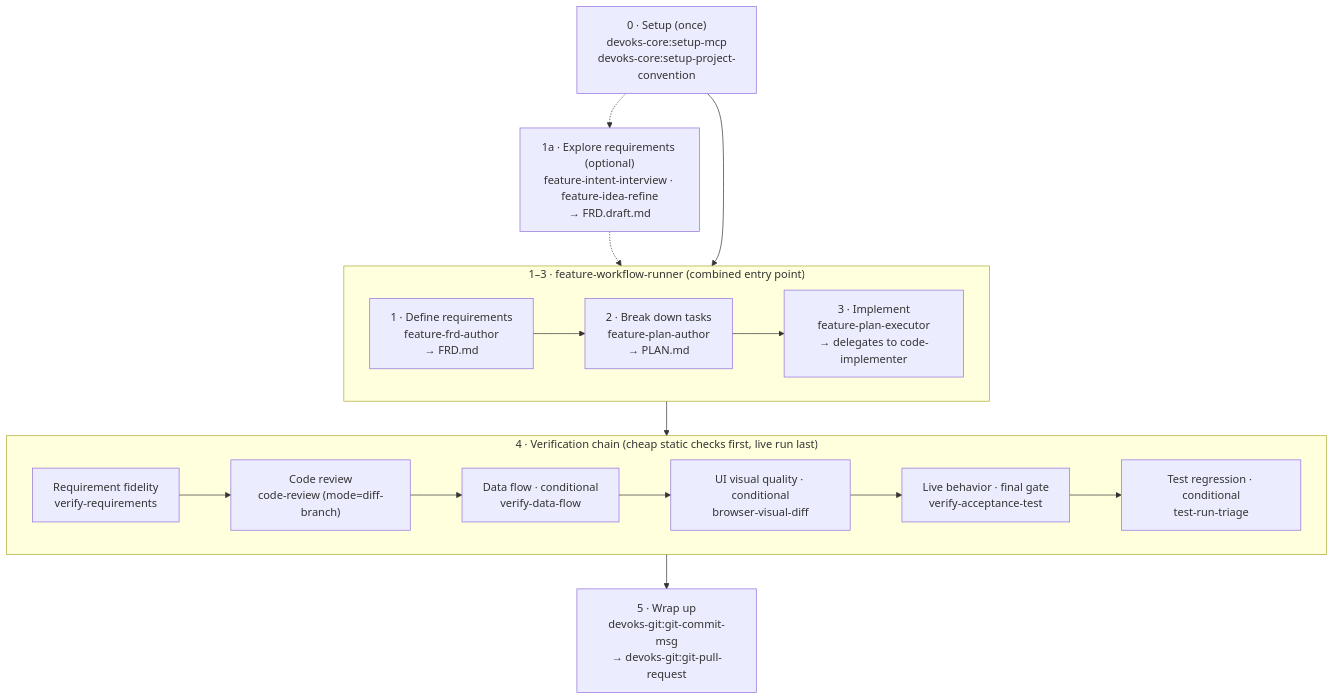
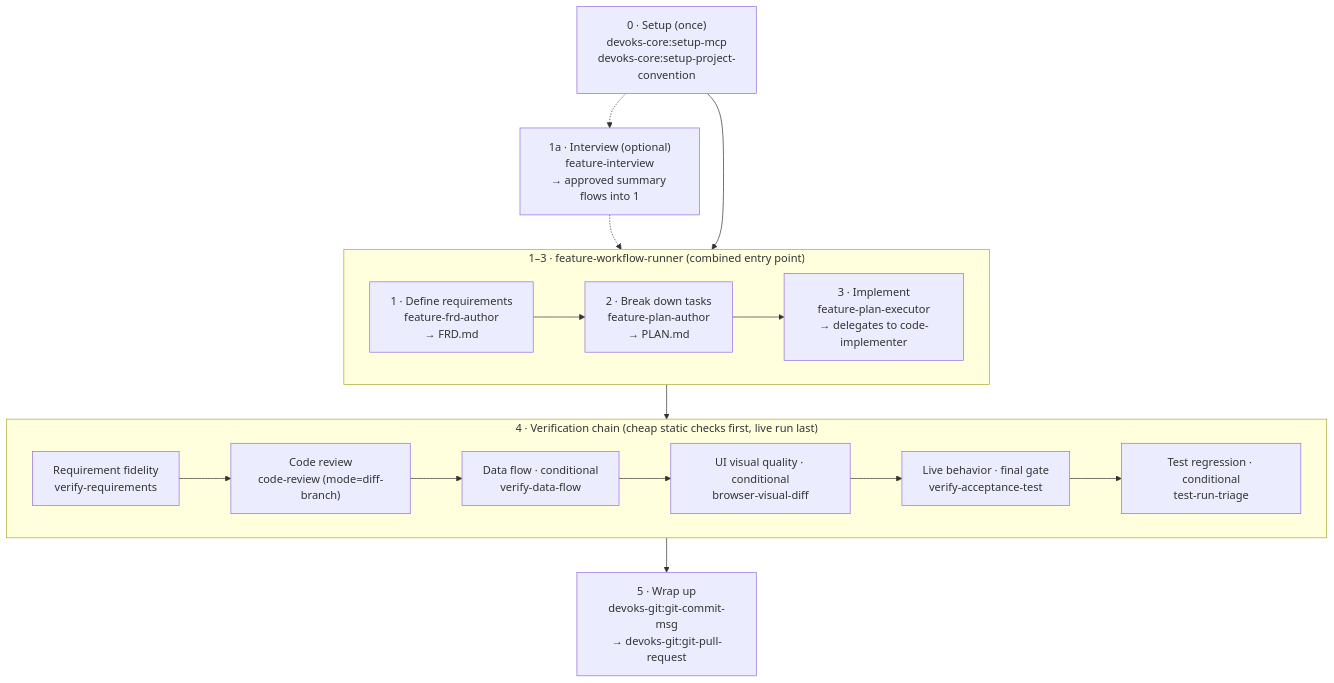
Before and after one commit to ridsync/devoks-team-harness: the diagram in README.md, drawn with Mermaid. The commit also changed other lines of this file and 17 other files, not shown here.

First line of the commit message:
refactor(devoks-sdlc): Define 앞단 두 스킬을 feature-interview로 통합하고 frd-author Phase 0 게이트로 연결

````diff
--- a/README.md
+++ b/README.md
@@ -108,33 +108,33 @@
 ```mermaid
 flowchart TD
     S["0 · Setup (once)<br/>devoks-core:setup-mcp<br/>devoks-core:setup-project-convention"]
 
-    D["1a · Explore requirements (optional)<br/>feature-intent-interview · feature-idea-refine<br/>→ FRD.draft.md"]
+    D["1a · Interview (optional)<br/>feature-interview<br/>→ approved summary flows into 1"]
 
     subgraph BUILD["1–3 · feature-workflow-runner (combined entry point)"]
         direction LR
         F["1 · Define requirements<br/>feature-frd-author<br/>→ FRD.md"]
         P["2 · Break down tasks<br/>feature-plan-author<br/>→ PLAN.md"]
         I["3 · Implement<br/>feature-plan-executor<br/>→ delegates to code-implementer"]
         F --> P --> I
     end
 
     subgraph VERIFY["4 · Verification chain (cheap static checks first, live run last)"]
         direction LR
         V1["Requirement fidelity<br/>verify-requirements"]
         V2["Code review<br/>code-review (mode=diff-branch)"]
         V3["Data flow · conditional<br/>verify-data-flow"]
         V4["UI visual quality · conditional<br/>browser-visual-diff"]
         V5["Live behavior · final gate<br/>verify-acceptance-test"]
         V6["Test regression · conditional<br/>test-run-triage"]
         V1 --> V2 --> V3 --> V4 --> V5 --> V6
     end
 
     C["5 · Wrap up<br/>devoks-git:git-commit-msg<br/>→ devoks-git:git-pull-request"]
 
     S --> BUILD
     S -.-> D
     D -.-> F
     BUILD --> VERIFY
     VERIFY --> C
 ```
````
